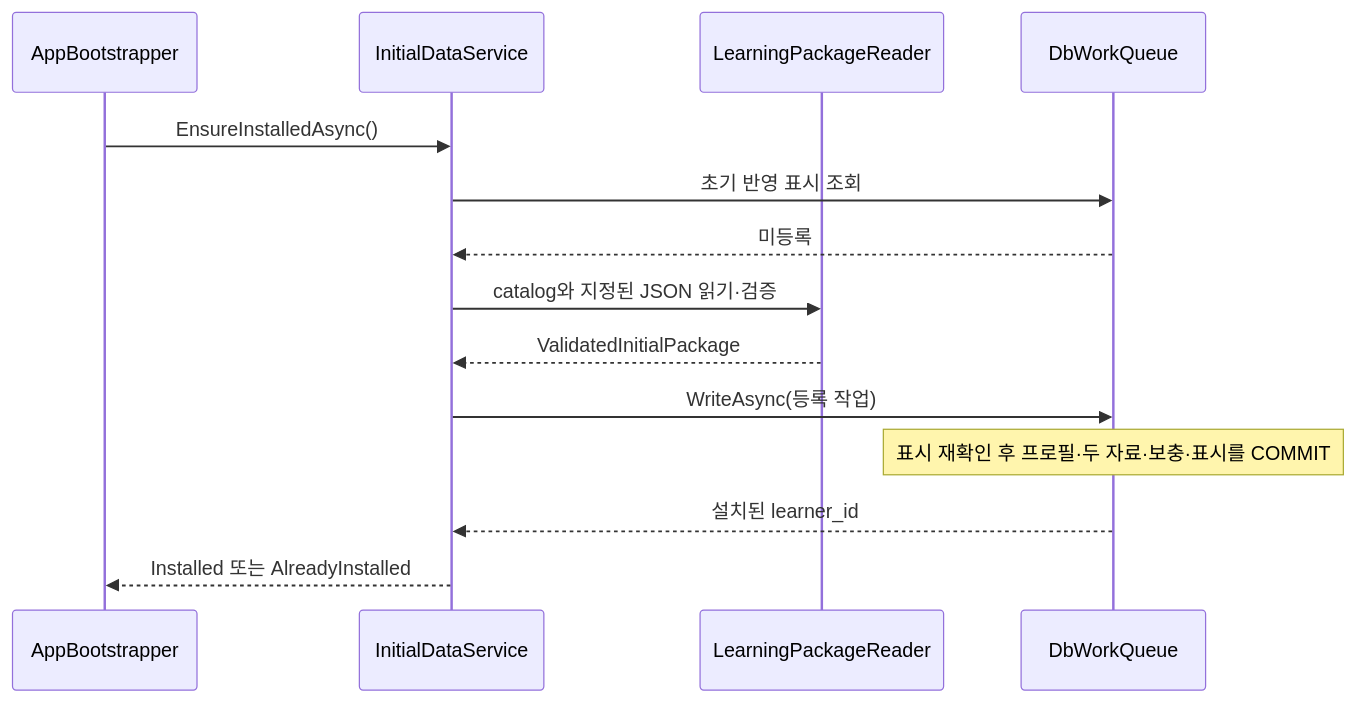
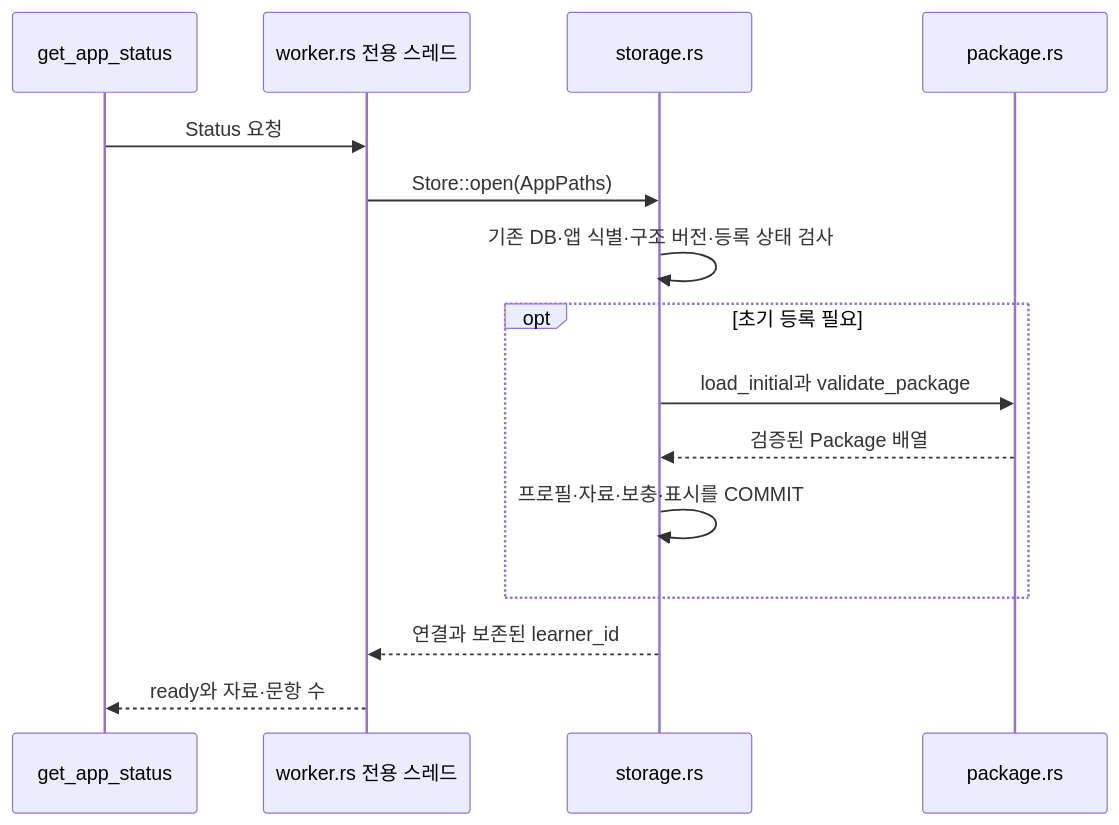
Before and after one commit to hominjang/StudyApp: the diagram in Window/구현설계/03_초기자료연결.md, drawn with Mermaid. The commit also changed other lines of this file and 98 other files, not shown here.

````diff
--- a/Window/구현설계/03_초기자료연결.md
+++ b/Window/구현설계/03_초기자료연결.md
@@ -22,16 +22,17 @@
 ```mermaid
 sequenceDiagram
-    participant B as AppBootstrapper
-    participant S as InitialDataService
-    participant J as LearningPackageReader
-    participant Q as DbWorkQueue
-    B->>S: EnsureInstalledAsync()
-    S->>Q: 초기 반영 표시 조회
-    Q-->>S: 미등록
-    S->>J: catalog와 지정된 JSON 읽기·검증
-    J-->>S: ValidatedInitialPackage
-    S->>Q: WriteAsync(등록 작업)
-    Note over Q: 표시 재확인 후 프로필·두 자료·보충·표시를 COMMIT
-    Q-->>S: 설치된 learner_id
-    S-->>B: Installed 또는 AlreadyInstalled
+    participant B as get_app_status
+    participant Q as worker.rs 전용 스레드
+    participant S as storage.rs
+    participant J as package.rs
+    B->>Q: Status 요청
+    Q->>S: Store::open(AppPaths)
+    S->>S: 기존 DB·앱 식별·구조 버전·등록 상태 검사
+    opt 초기 등록 필요
+        S->>J: load_initial과 validate_package
+        J-->>S: 검증된 Package 배열
+        S->>S: 프로필·자료·보충·표시를 COMMIT
+    end
+    S-->>Q: 연결과 보존된 learner_id
+    Q-->>B: ready와 자료·문항 수
 ```
````
